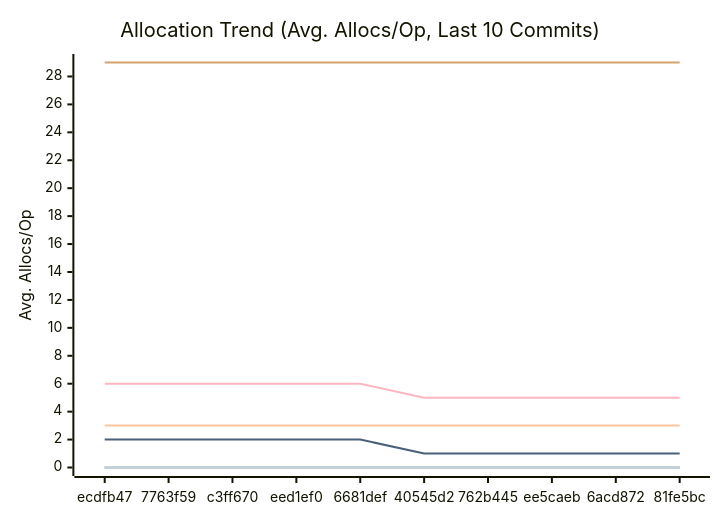
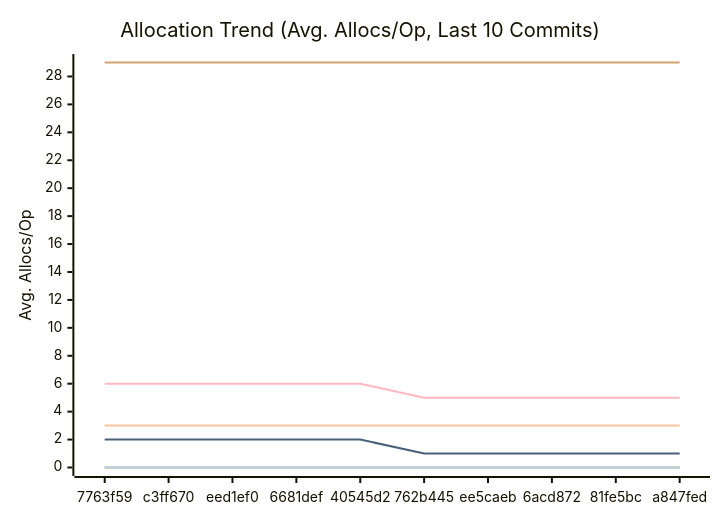
Before and after one commit to alsotoes/momo: the third of 3 diagrams in docs/PERFORMANCE.md, drawn with Mermaid. The commit also changed other lines of this file and 2 other files, not shown here.

````diff
--- a/docs/PERFORMANCE.md
+++ b/docs/PERFORMANCE.md
@@ -114,16 +114,16 @@
 ```mermaid
 xychart-beta
     title "Allocation Trend (Avg. Allocs/Op, Last 10 Commits)"
     x-axis "Commit"
     y-axis "Avg. Allocs/Op"
-    x-axis [ecdfb47,7763f59,c3ff670,eed1ef0,6681def,40545d2,762b445,ee5caeb,6acd872,81fe5bc]
+    x-axis [7763f59,c3ff670,eed1ef0,6681def,40545d2,762b445,ee5caeb,6acd872,81fe5bc,a847fed]
     line "CheckMetricsAndSwap" [0,0,0,0,0,0,0,0,0,0]
     line "CrushOptimized" [0,0,0,0,0,0,0,0,0,0]
     line "CrushOriginal" [3,3,3,3,3,3,3,3,3,3]
     line "IndexDirectTracking" [0,0,0,0,0,0,0,0,0,0]
     line "IndexSearch" [0,0,0,0,0,0,0,0,0,0]
     line "LoadGlobalConfig" [29,29,29,29,29,29,29,29,29,29]
     line "PadString" [0,0,0,0,0,0,0,0,0,0]
     line "ParseReplicationOrder_NoPrealloc" [6,6,6,6,6,5,5,5,5,5]
     line "ParseReplicationOrder_Prealloc" [2,2,2,2,2,1,1,1,1,1]
 ```
````
